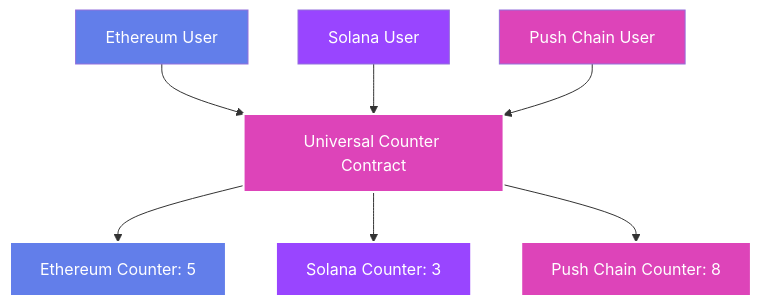
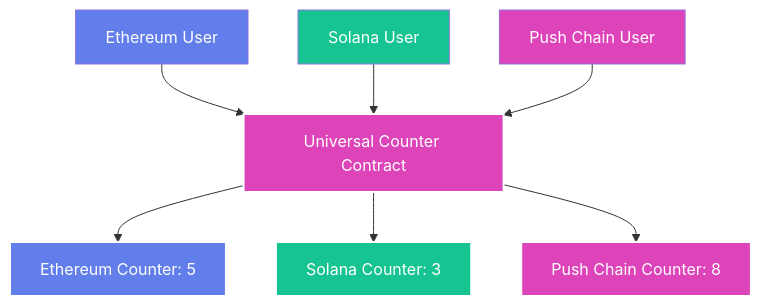
One commit to maximevtush/push-website changed the diagram in docs/chain/01-tutorials/01-basics/01-Tutorial-Simple-Counter.mdx. Above: the diagram before and after it, drawn with Mermaid. The commit also changed other lines of this file and 2 other files, not shown here.

````diff
--- a/docs/chain/01-tutorials/01-basics/01-Tutorial-Simple-Counter.mdx
+++ b/docs/chain/01-tutorials/01-basics/01-Tutorial-Simple-Counter.mdx
@@ -321,18 +318,18 @@
 ```mermaid
 flowchart TD
     EU[Ethereum User] --> UC[Universal Counter Contract]
     SU[Solana User] --> UC
     PU[Push Chain User] --> UC
     
     UC --> EC[Ethereum Counter: 5]
     UC --> SC[Solana Counter: 3] 
     UC --> PC[Push Chain Counter: 8]
     
     style UC fill:#dd44b9,stroke:#fff,stroke-width:2px,color:#fff
     style EC fill:#627eea,stroke:#fff,stroke-width:2px,color:#fff
-    style SC fill:#9945ff,stroke:#fff,stroke-width:2px,color:#fff
+    style SC fill:#16c492,stroke:#fff,stroke-width:2px,color:#fff
     style PC fill:#dd44b9,stroke:#fff,stroke-width:2px,color:#fff
     style EU fill:#627eea,color:#fff
-    style SU fill:#9945ff,color:#fff
+    style SU fill:#16c492,color:#fff
     style PU fill:#dd44b9,color:#fff
 ```
````
